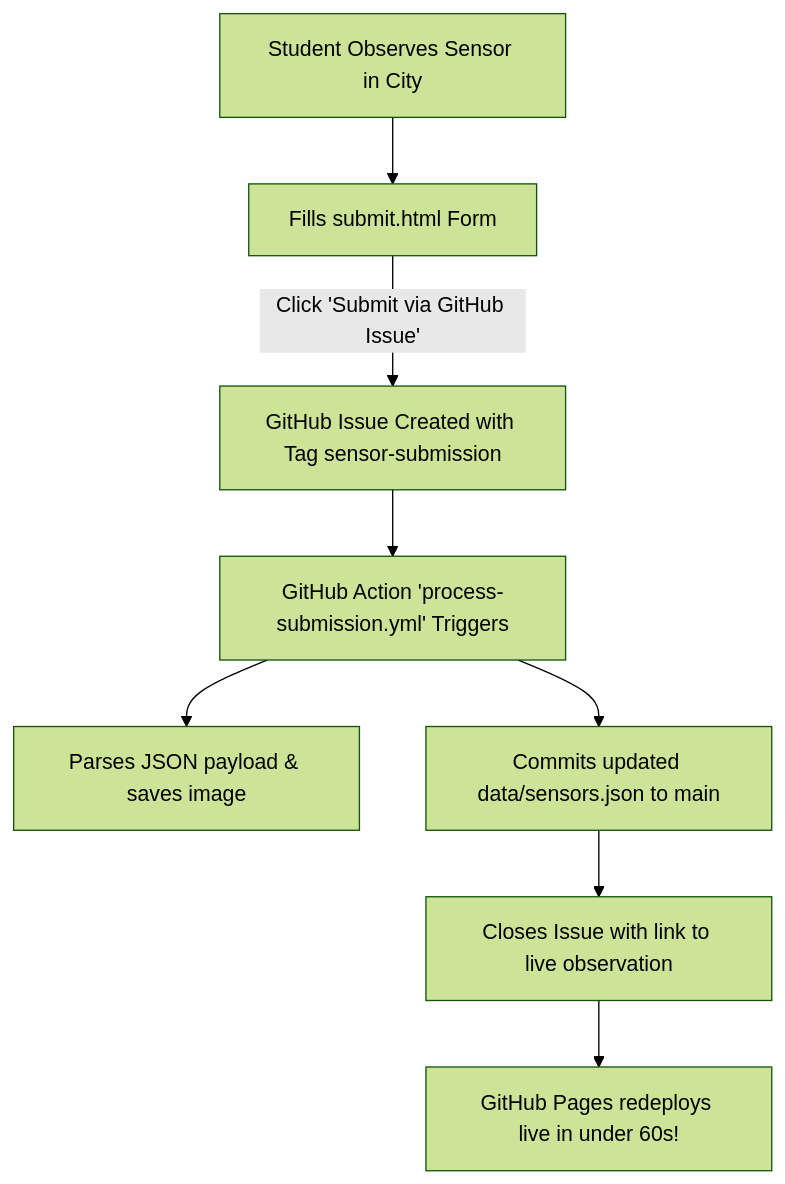
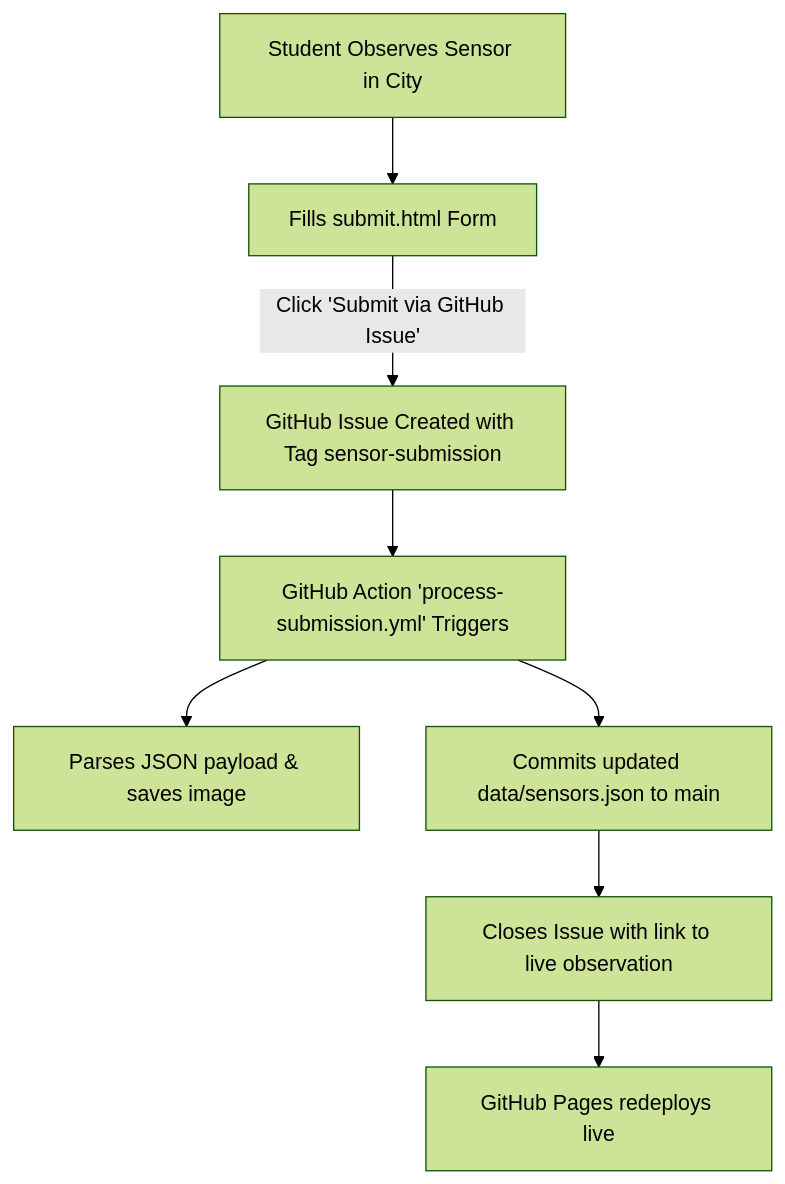
Before and after one commit to ucl-casa-ce/casa0014-urbantech: the diagram in README.md, drawn with Mermaid (forest theme). The commit also changed other lines of this file and 107 other files, not shown here.

````diff
--- a/README.md
+++ b/README.md
@@ -37,10 +36,10 @@
 ```mermaid
 flowchart TD
     A[Student Observes Sensor in City] --> B[Fills submit.html Form]
     B -->|Click 'Submit via GitHub Issue'| C[GitHub Issue Created with Tag sensor-submission]
     C --> D[GitHub Action 'process-submission.yml' Triggers]
     D --> E[Parses JSON payload & saves image]
     D --> F[Commits updated data/sensors.json to main]
     F --> G[Closes Issue with link to live observation]
-    G --> H[GitHub Pages redeploys live in under 60s!]
+    G --> H[GitHub Pages redeploys live]
 ```
````
